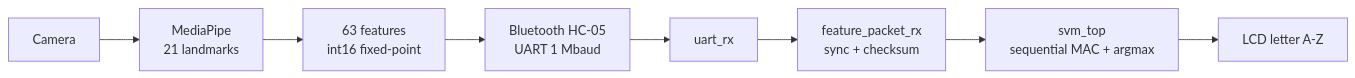
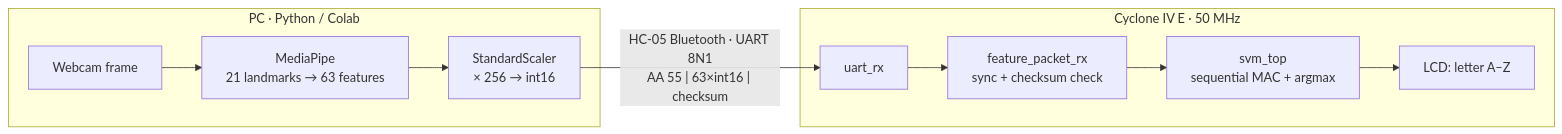
The diagram in README.md (yasminemagdy/fpga-sign-language-recognition), drawn with Mermaid before and after one commit. The commit also changed other lines of this file and 9 other files, not shown here.

````diff
--- a/README.md
+++ b/README.md
@@ -16,10 +27,13 @@
 ```mermaid
 flowchart LR
-    A[Camera] --> B[MediaPipe<br/>21 landmarks]
-    B --> C[63 features<br/>int16 fixed-point]
-    C --> D[Bluetooth HC-05<br/>UART 1 Mbaud]
-    D --> E[uart_rx]
-    E --> F[feature_packet_rx<br/>sync + checksum]
-    F --> G[svm_top<br/>sequential MAC + argmax]
-    G --> H[LCD letter A-Z]
+    subgraph PC["PC · Python / Colab"]
+        A[Webcam frame] --> B[MediaPipe<br/>21 landmarks → 63 features]
+        B --> C[StandardScaler<br/>× 256 → int16]
+    end
+    C -->|"HC-05 Bluetooth · UART 8N1<br/>AA 55 | 63×int16 | checksum"| D
+    subgraph FPGA["Cyclone IV E · 50 MHz"]
+        D[uart_rx] --> E[feature_packet_rx<br/>sync + checksum check]
+        E --> F[svm_top<br/>sequential MAC + argmax]
+        F --> G[LCD: letter A–Z]
+    end
 ```
````
